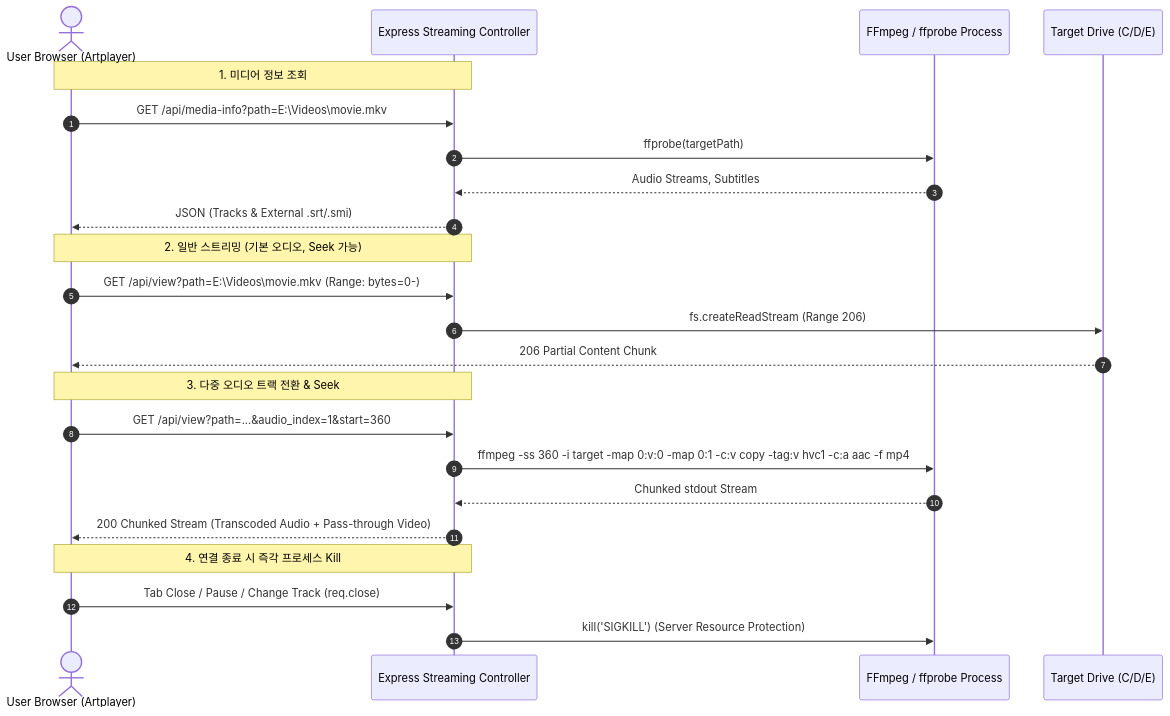
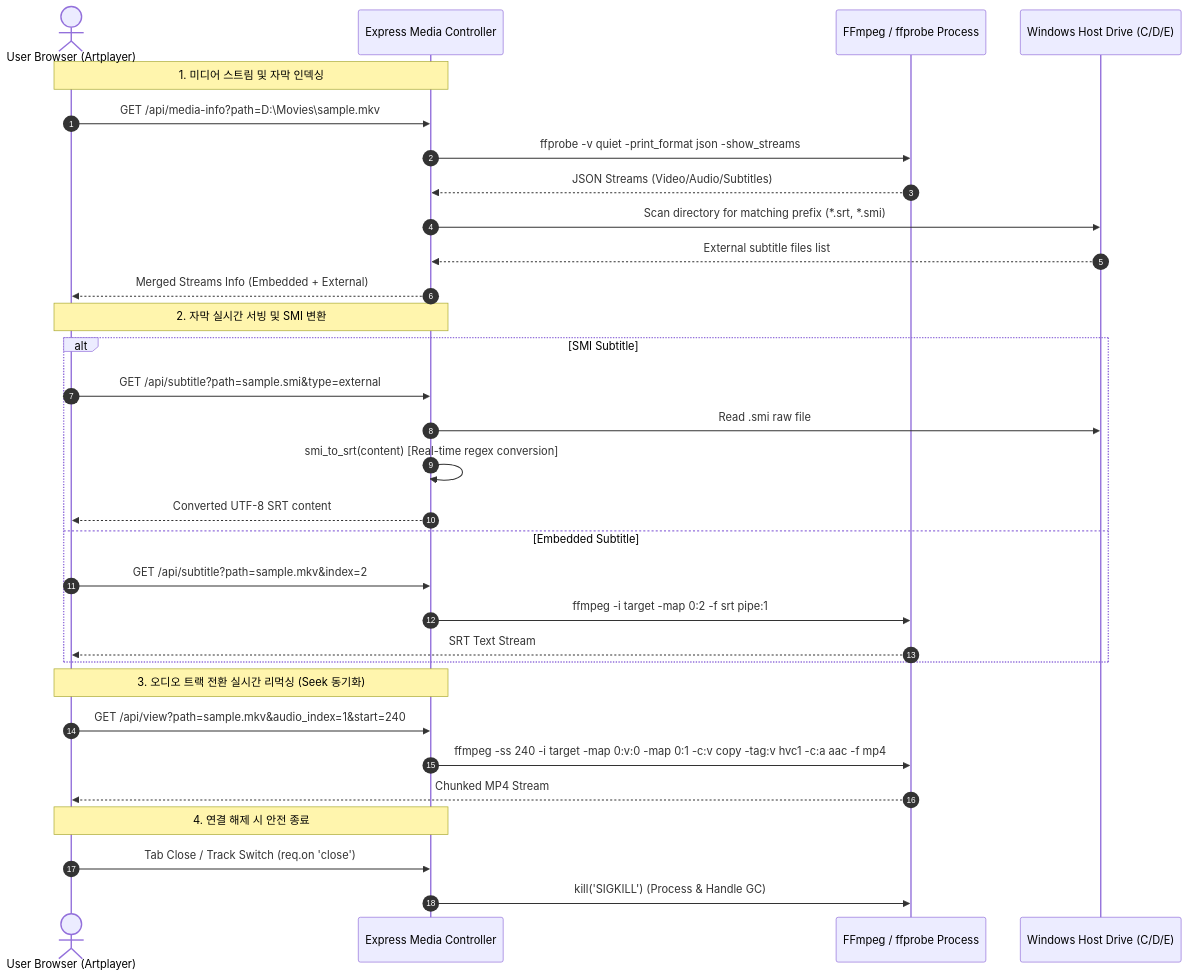
One commit to digital8150/NAS-with-Windows changed the third of 3 diagrams in PLAN.md. Above: the diagram before and after it, drawn with Mermaid. The commit also changed other lines of this file, not shown here.

````diff
--- a/PLAN.md
+++ b/PLAN.md
@@ -166,29 +190,36 @@
 ```mermaid
 sequenceDiagram
     autonumber
     actor User as User Browser (Artplayer)
-    participant Server as Express Streaming Controller
+    participant Server as Express Media Controller
     participant FFmpeg as FFmpeg / ffprobe Process
-    participant Disk as Target Drive (C/D/E)
+    participant Storage as Windows Host Drive (C/D/E)
 
-    Note over User, Server: 1. 미디어 정보 조회
-    User->>Server: GET /api/media-info?path=E:\Videos\movie.mkv
-    Server->>FFmpeg: ffprobe(targetPath)
-    FFmpeg-->>Server: Audio Streams, Subtitles
-    Server-->>User: JSON (Tracks & External .srt/.smi)
+    Note over User, Server: 1. 미디어 스트림 및 자막 인덱싱
+    User->>Server: GET /api/media-info?path=D:\Movies\sample.mkv
+    Server->>FFmpeg: ffprobe -v quiet -print_format json -show_streams
+    FFmpeg-->>Server: JSON Streams (Video/Audio/Subtitles)
+    Server->>Storage: Scan directory for matching prefix (*.srt, *.smi)
+    Storage-->>Server: External subtitle files list
+    Server-->>User: Merged Streams Info (Embedded + External)
 
-    Note over User, Server: 2. 일반 스트리밍 (기본 오디오, Seek 가능)
-    User->>Server: GET /api/view?path=E:\Videos\movie.mkv (Range: bytes=0-)
-    Server->>Disk: fs.createReadStream (Range 206)
-    Disk-->>User: 206 Partial Content Chunk
+    Note over User, Server: 2. 자막 실시간 서빙 및 SMI 변환
+    alt SMI Subtitle
+        User->>Server: GET /api/subtitle?path=sample.smi&type=external
+        Server->>Storage: Read .smi raw file
+        Server->>Server: smi_to_srt(content) [Real-time regex conversion]
+        Server-->>User: Converted UTF-8 SRT content
+    else Embedded Subtitle
+        User->>Server: GET /api/subtitle?path=sample.mkv&index=2
+        Server->>FFmpeg: ffmpeg -i target -map 0:2 -f srt pipe:1
+        FFmpeg-->>User: SRT Text Stream
+    end
 
-    Note over User, Server: 3. 다중 오디오 트랙 전환 & Seek
-    User->>Server: GET /api/view?path=...&audio_index=1&start=360
-    Server->>FFmpeg: ffmpeg -ss 360 -i target -map 0:v:0 -map 0:1 -c:v copy -tag:v hvc1 -c:a aac -f mp4
-    FFmpeg-->>Server: Chunked stdout Stream
-    Server-->>User: 200 Chunked Stream (Transcoded Audio + Pass-through Video)
-
-    Note over User, Server: 4. 연결 종료 시 즉각 프로세스 Kill
-    User->>Server: Tab Close / Pause / Change Track (req.close)
-    Server->>FFmpeg: kill('SIGKILL') (Server Resource Protection)
+    Note over User, Server: 3. 오디오 트랙 전환 실시간 리먹싱 (Seek 동기화)
+    User->>Server: GET /api/view?path=sample.mkv&audio_index=1&start=240
+    Server->>FFmpeg: ffmpeg -ss 240 -i target -map 0:v:0 -map 0:1 -c:v copy -tag:v hvc1 -c:a aac -f mp4
+    FFmpeg-->>User: Chunked MP4 Stream
+    Note over User, Server: 4. 연결 해제 시 안전 종료
+    User->>Server: Tab Close / Track Switch (req.on 'close')
+    Server->>FFmpeg: kill('SIGKILL') (Process & Handle GC)
 ```
````
